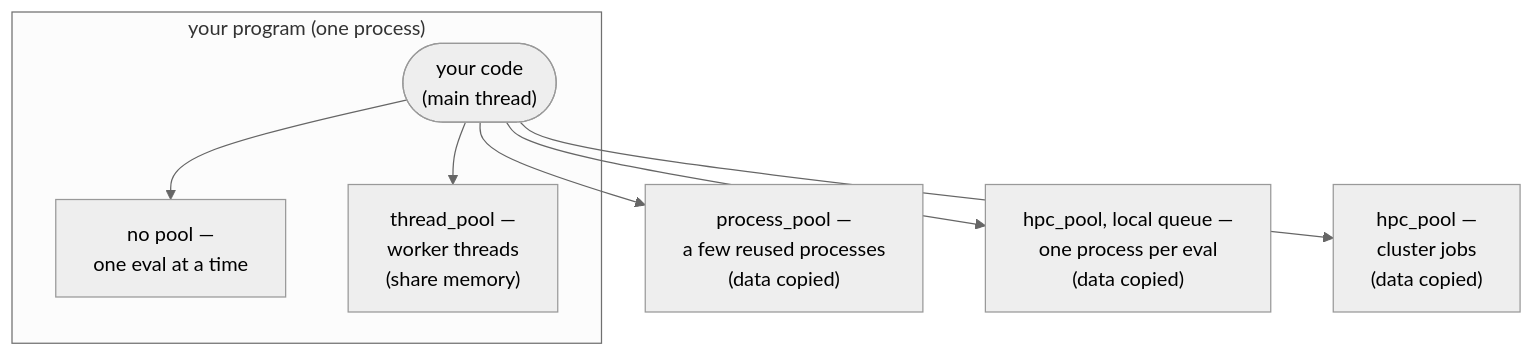
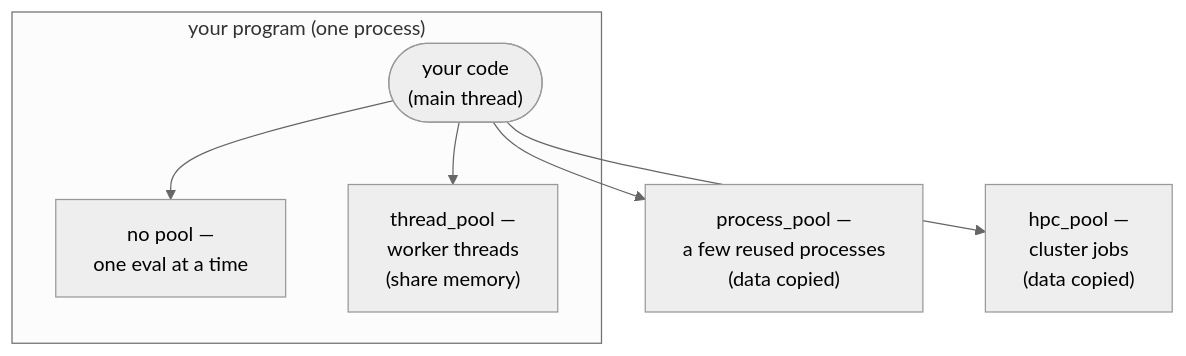
Before and after one commit to TNO-ropt/ropt: the diagram in docs/running/parallel.md, drawn with Mermaid (neutral theme). The commit also changed other lines of this file and 11 other files, not shown here.

````diff
--- a/docs/running/parallel.md
+++ b/docs/running/parallel.md
@@ -39,16 +38,14 @@
 ```mermaid
 flowchart TB
     subgraph proc["your program (one process)"]
         main(["your code<br/>(main thread)"])
         seq["no pool —<br/>one eval at a time"]
         th["thread_pool —<br/>worker threads<br/>(share memory)"]
     end
     wp["process_pool —<br/>a few reused processes<br/>(data copied)"]
-    loc["hpc_pool, local queue —<br/>one process per eval<br/>(data copied)"]
     clu["hpc_pool —<br/>cluster jobs<br/>(data copied)"]
     main --> seq
     main --> th
     main --> wp
-    main --> loc
     main --> clu
 ```
````
